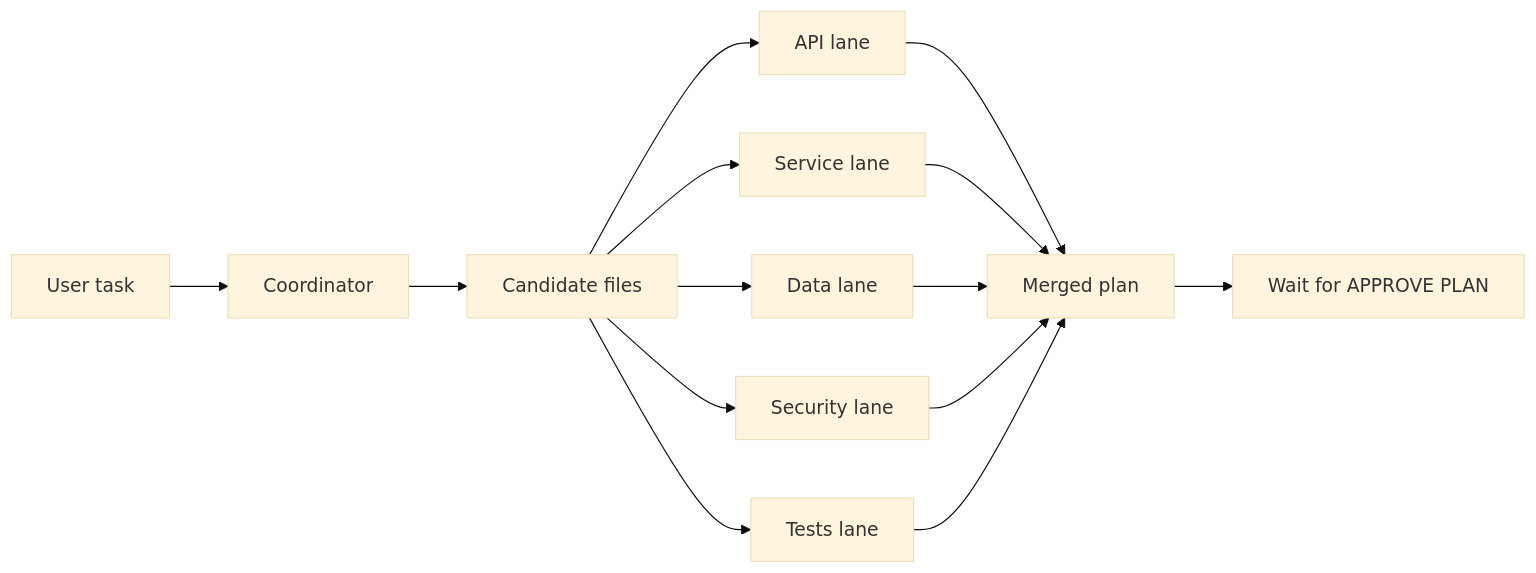
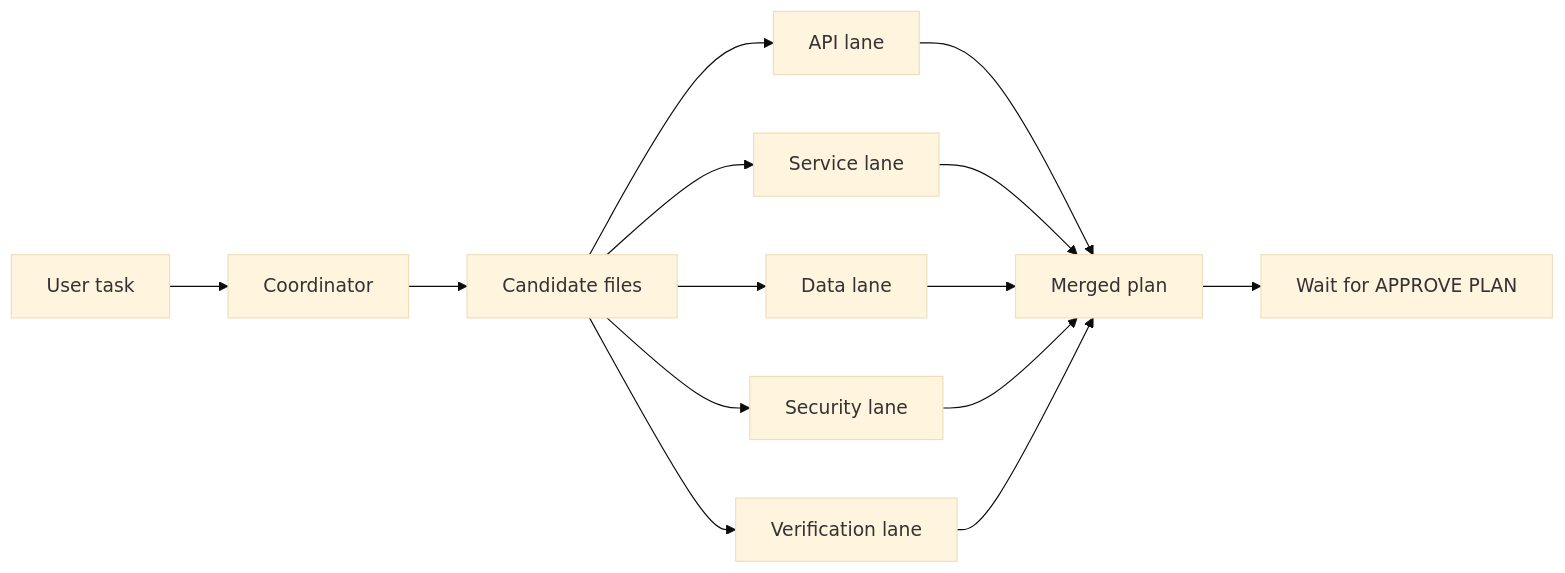
One commit to hasan-99/SkyOps changed the third of 3 diagrams in README.md. Above: the diagram before and after it, drawn with Mermaid (base theme). The commit also changed other lines of this file and 42 other files, not shown here.

````diff
--- a/README.md
+++ b/README.md
@@ -164,16 +179,16 @@
 ```mermaid
 flowchart LR
     A[User task] --> B[Coordinator]
     B --> C[Candidate files]
     C --> D1[API lane]
     C --> D2[Service lane]
     C --> D3[Data lane]
     C --> D4[Security lane]
-    C --> D5[Tests lane]
+    C --> D5[Verification lane]
     D1 --> E[Merged plan]
     D2 --> E
     D3 --> E
     D4 --> E
     D5 --> E
     E --> F[Wait for APPROVE PLAN]
 ```
````
